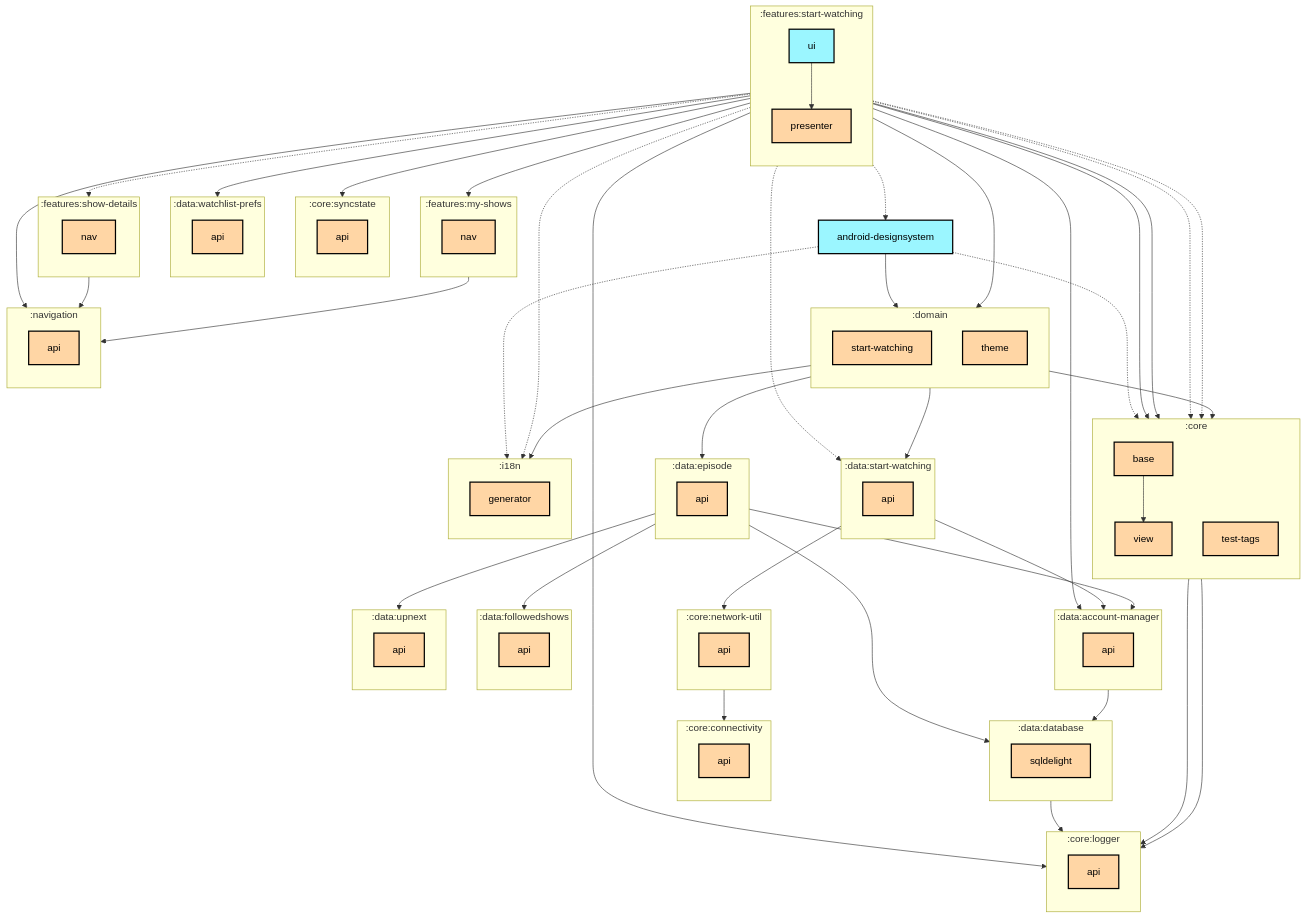
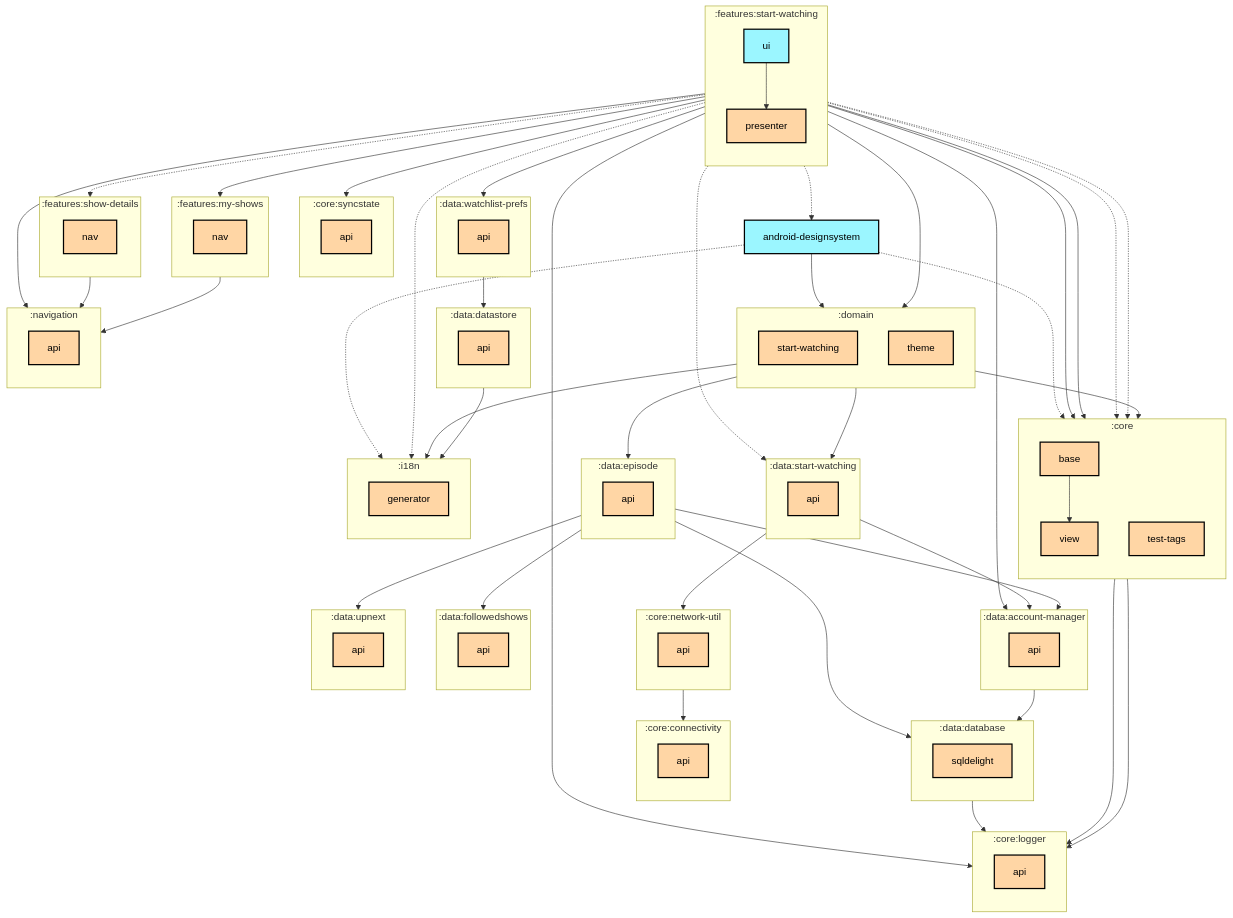
The first of 2 diagrams in features/start-watching/ui/README.md (thomaskioko/tv-maniac), drawn with Mermaid before and after one commit. The commit also changed 45 other files, not shown here.

Commit message:
Regenerate the module dependency graphs

```diff
--- a/features/start-watching/ui/README.md
+++ b/features/start-watching/ui/README.md
@@ -35,6 +35,10 @@
   subgraph :data:database
     direction TB
     :data:database:sqldelight[sqldelight]:::multiplatform
+  end
+  subgraph :data:datastore
+    direction TB
+    :data:datastore:api[api]:::multiplatform
   end
   subgraph :data:episode
     direction TB
@@ -92,12 +96,14 @@
   :core:view --> :core:logger:api
   :data:account-manager:api --> :data:database:sqldelight
   :data:database:sqldelight --> :core:logger:api
+  :data:datastore:api --> :i18n:generator
   :data:episode:api --> :data:account-manager:api
   :data:episode:api --> :data:database:sqldelight
   :data:episode:api --> :data:followedshows:api
   :data:episode:api --> :data:upnext:api
   :data:start-watching:api --> :core:network-util:api
   :data:start-watching:api --> :data:account-manager:api
+  :data:watchlist-prefs:api --> :data:datastore:api
   :domain:start-watching --> :core:base
   :domain:start-watching --> :data:episode:api
   :domain:start-watching --> :data:start-watching:api
```
